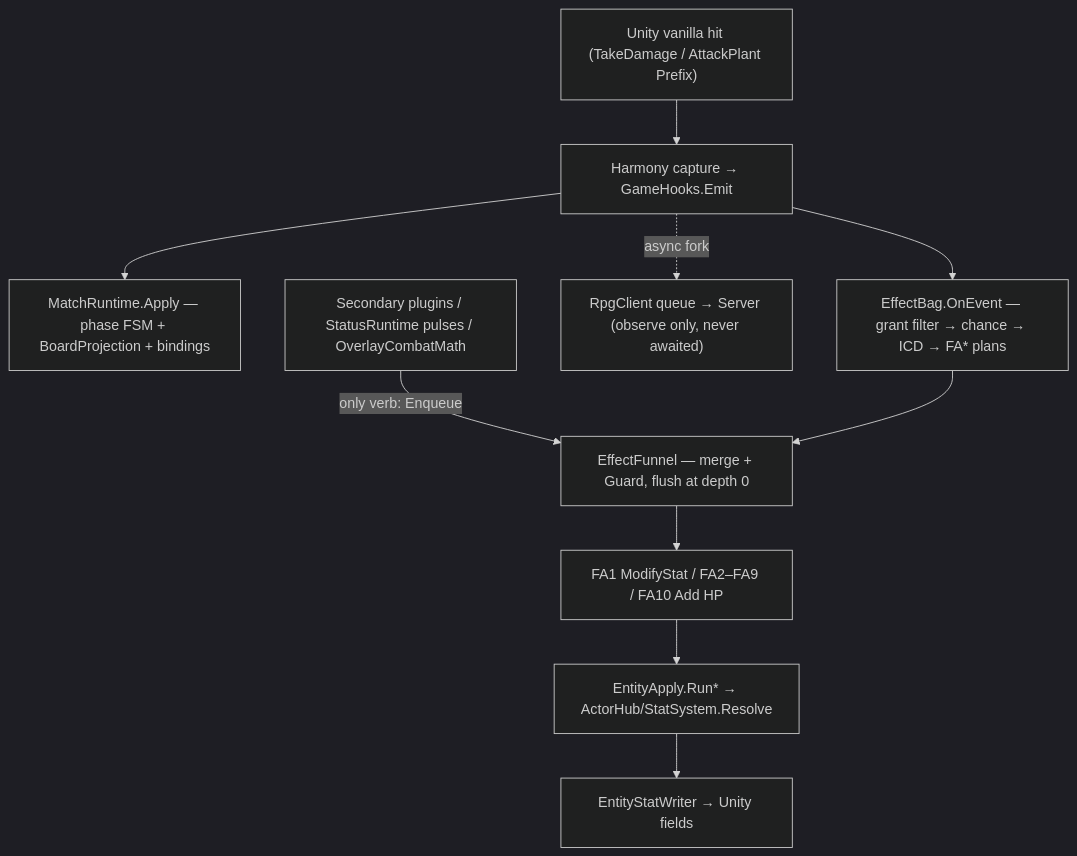
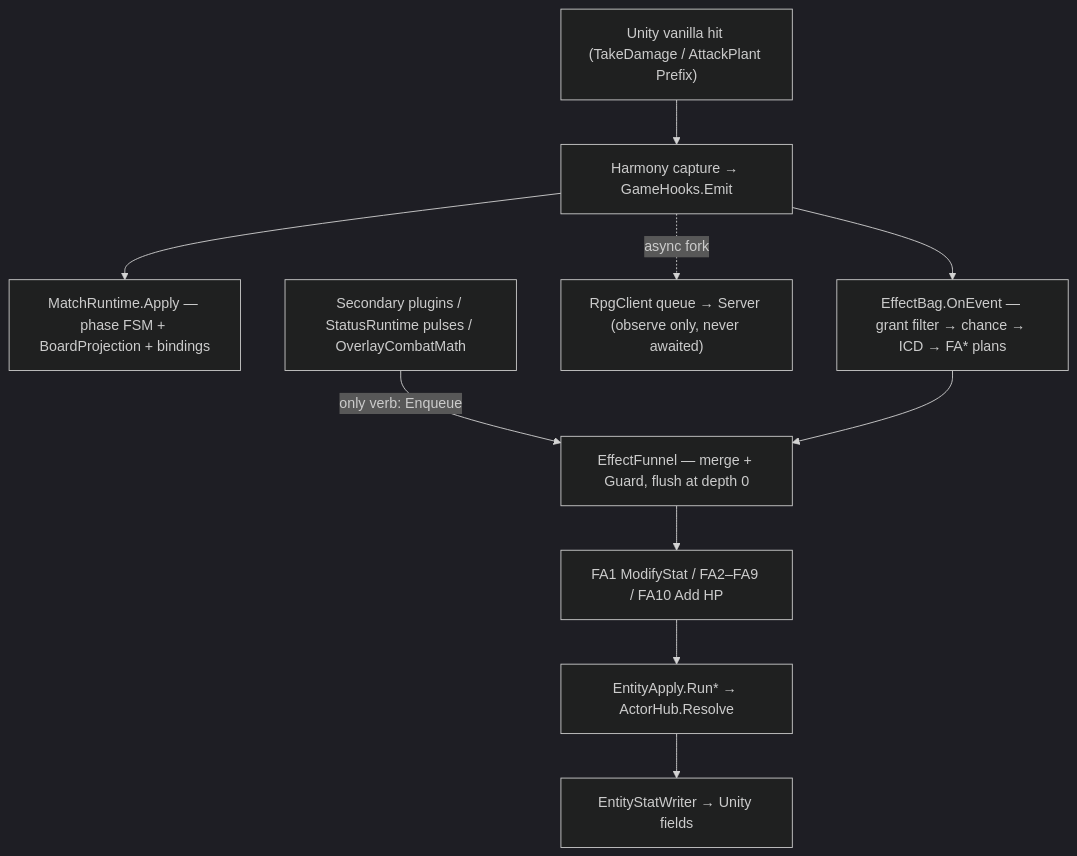
The second of 2 diagrams in docs/architecture/software-architecture.md (letuhao/plant-vs-zombie-rise-of-summoner), drawn with Mermaid (dark theme) before and after one commit. The commit also changed 89 other files, not shown here.

````diff
--- a/docs/architecture/software-architecture.md
+++ b/docs/architecture/software-architecture.md
@@ -95,12 +95,12 @@
 ```mermaid
 flowchart TD
   Hit["Unity vanilla hit (TakeDamage / AttackPlant Prefix)"] --> Emit["Harmony capture → GameHooks.Emit"]
   Emit --> MR["MatchRuntime.Apply — phase FSM + BoardProjection + bindings"]
   Emit --> Bag["EffectBag.OnEvent — grant filter → chance → ICD → FA* plans"]
   Emit -.async fork.-> Q["RpgClient queue → Server (observe only, never awaited)"]
   Sec["Secondary plugins / StatusRuntime pulses / OverlayCombatMath"] -->|only verb: Enqueue| Funnel["EffectFunnel — merge + Guard, flush at depth 0"]
   Bag --> Funnel
   Funnel --> FA["FA1 ModifyStat / FA2–FA9 / FA10 Add HP"]
-  FA --> Apply["EntityApply.Run* → ActorHub/StatSystem.Resolve"]
+  FA --> Apply["EntityApply.Run* → ActorHub.Resolve"]
   Apply --> Writer["EntityStatWriter → Unity fields"]
 ```
````
